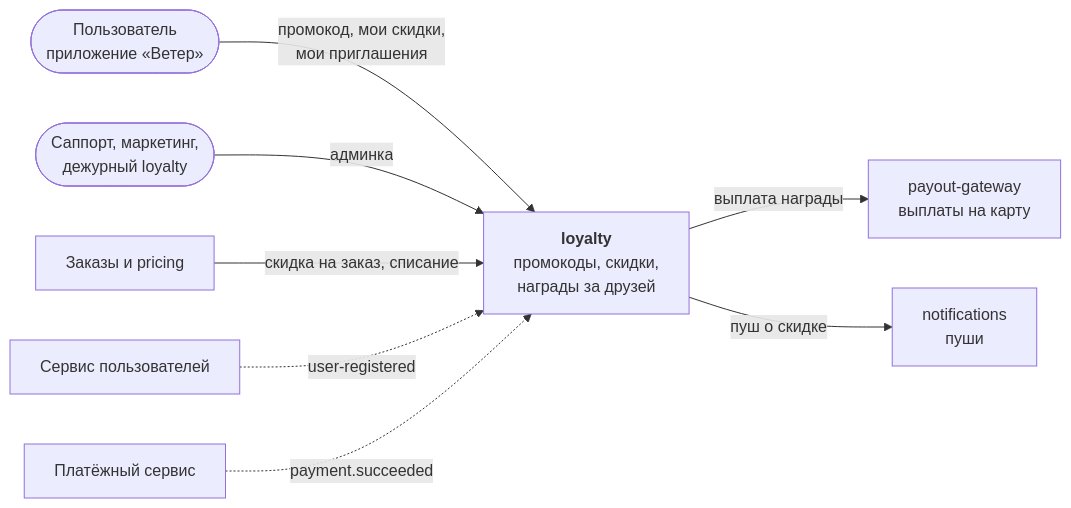
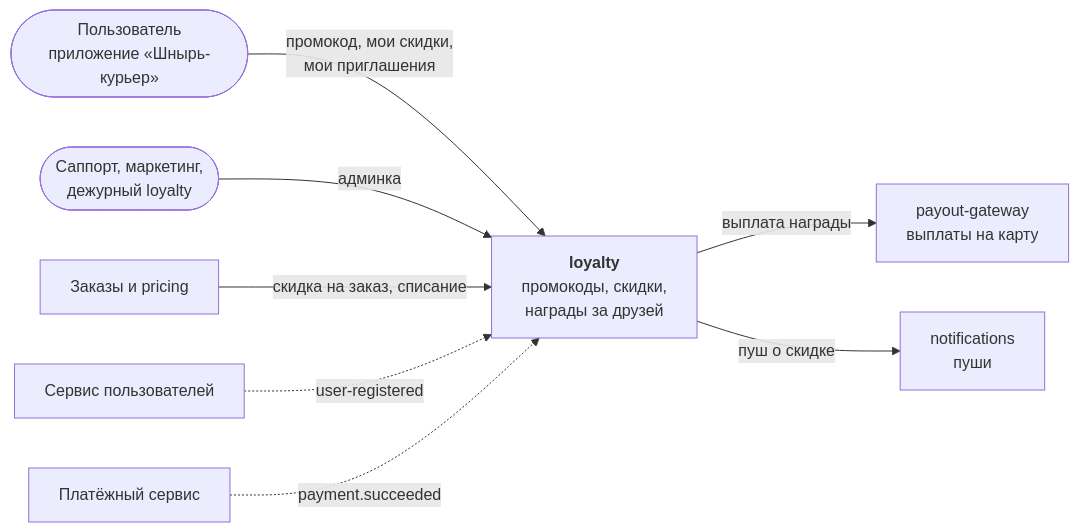
Before and after one commit to rusinikita/podlodka_loyalty_cases_example: the first of 4 diagrams in README.md, drawn with Mermaid. The commit also changed other lines of this file and 9 other files, not shown here.

````diff
--- a/README.md
+++ b/README.md
@@ -26,21 +26,21 @@
 ```mermaid
 flowchart LR
-  user(["Пользователь<br/>приложение «Ветер»"])
+  user(["Пользователь<br/>приложение «Шнырь-курьер»"])
   staff(["Саппорт, маркетинг,<br/>дежурный loyalty"])
 
   loyalty["<b>loyalty</b><br/>промокоды, скидки,<br/>награды за друзей"]
 
   users["Сервис пользователей"]
   payments["Платёжный сервис"]
   orders["Заказы и pricing"]
   payout["payout-gateway<br/>выплаты на карту"]
   notif["notifications<br/>пуши"]
 
   user -->|промокод, мои скидки,<br/>мои приглашения| loyalty
   staff -->|админка| loyalty
   orders -->|скидка на заказ, списание| loyalty
   users -.->|user-registered| loyalty
   payments -.->|payment.succeeded| loyalty
   loyalty -->|выплата награды| payout
   loyalty -->|пуш о скидке| notif
 ```
````
